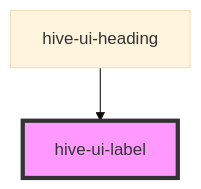
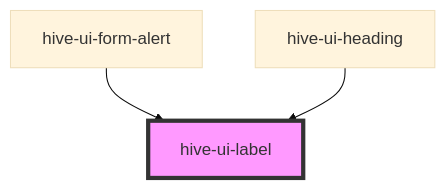
Before and after one commit to TeamMaestro/app-starter: the diagram in libs/ui/src/components/typography/label/readme.md, drawn with Mermaid (base theme). The commit also changed other lines of this file and 57 other files, not shown here.

````diff
--- a/libs/ui/src/components/typography/label/readme.md
+++ b/libs/ui/src/components/typography/label/readme.md
@@ -38,5 +39,6 @@
 ```mermaid
 graph TD;
+  hive-ui-form-alert --> hive-ui-label
   hive-ui-heading --> hive-ui-label
   style hive-ui-label fill:#f9f,stroke:#333,stroke-width:4px
 ```
````
